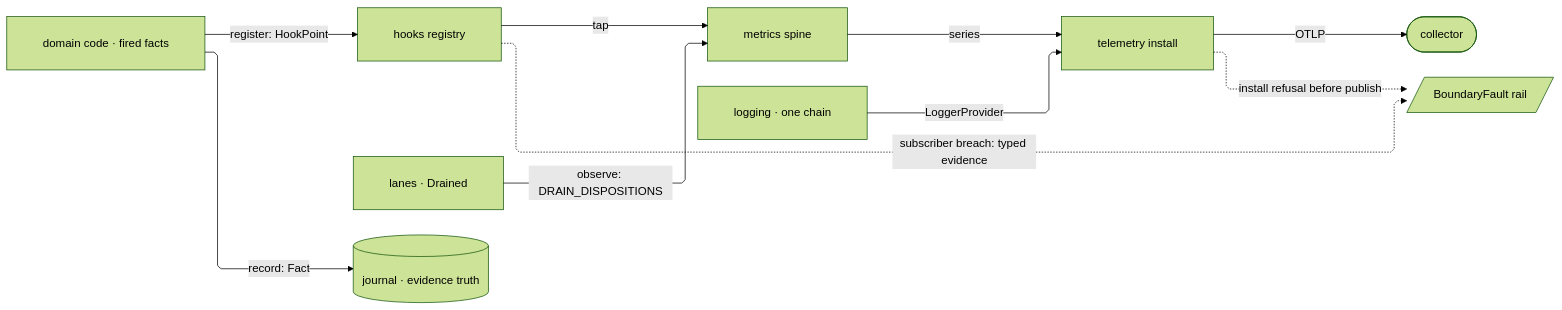
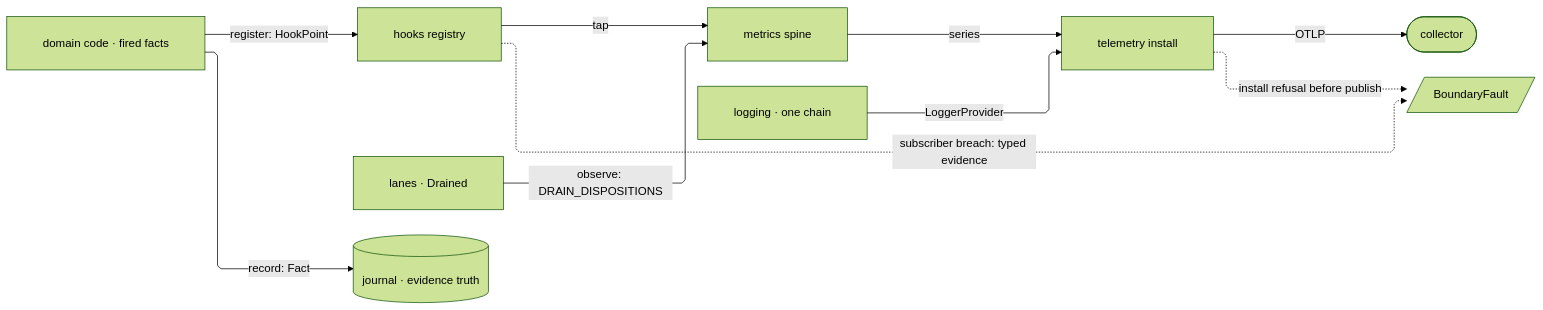
The fourth of 4 diagrams in libs/python/runtime/ARCHITECTURE.md (bsamiee/Rasm), drawn with Mermaid (forest theme) before and after one commit. The commit also changed other lines of this file and 1997 other files, not shown here.

First line of the commit message:
docs: rename rail to result and seam to boundary across the corpus

````diff
--- a/libs/python/runtime/ARCHITECTURE.md
+++ b/libs/python/runtime/ARCHITECTURE.md
@@ -253,21 +253,21 @@
 ```mermaid
 ---
 config:
   layout: elk
   flowchart:
     curve: linear
     padding: 25
 ---
 flowchart LR
     accTitle: Runtime observability spine
     accDescr: How fired facts, lane drains, and log events converge on the profile-gated telemetry install and leave as OTLP.
     Facts[domain code · fired facts] e1@-->|"register: HookPoint"| Hooks[hooks registry]
     Hooks e2@-->|"tap"| Metrics[metrics spine]
     Drains[lanes · Drained] e3@-->|"observe: DRAIN_DISPOSITIONS"| Metrics
     Logging[logging · one chain] e4@-->|"LoggerProvider"| Telemetry[telemetry install]
     Metrics e5@-->|"series"| Telemetry
     Facts e6@-->|"record: Fact"| Journal[(journal · evidence truth)]
     Telemetry e7@-->|"OTLP"| Egress([collector])
-    Hooks f1@-.->|"subscriber breach: typed evidence"| Fault[/BoundaryFault rail/]
+    Hooks f1@-.->|"subscriber breach: typed evidence"| Fault[/BoundaryFault/]
     Telemetry f2@-.->|"install refusal before publish"| Fault
 ```
````
